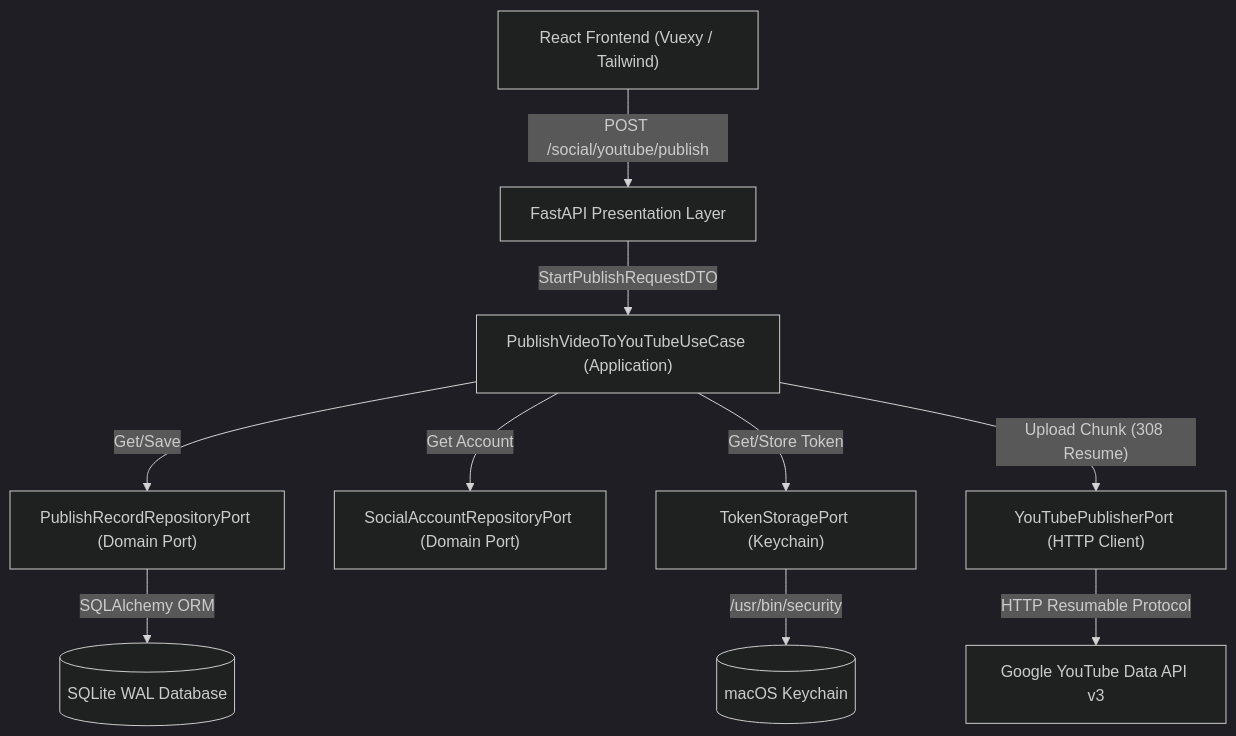
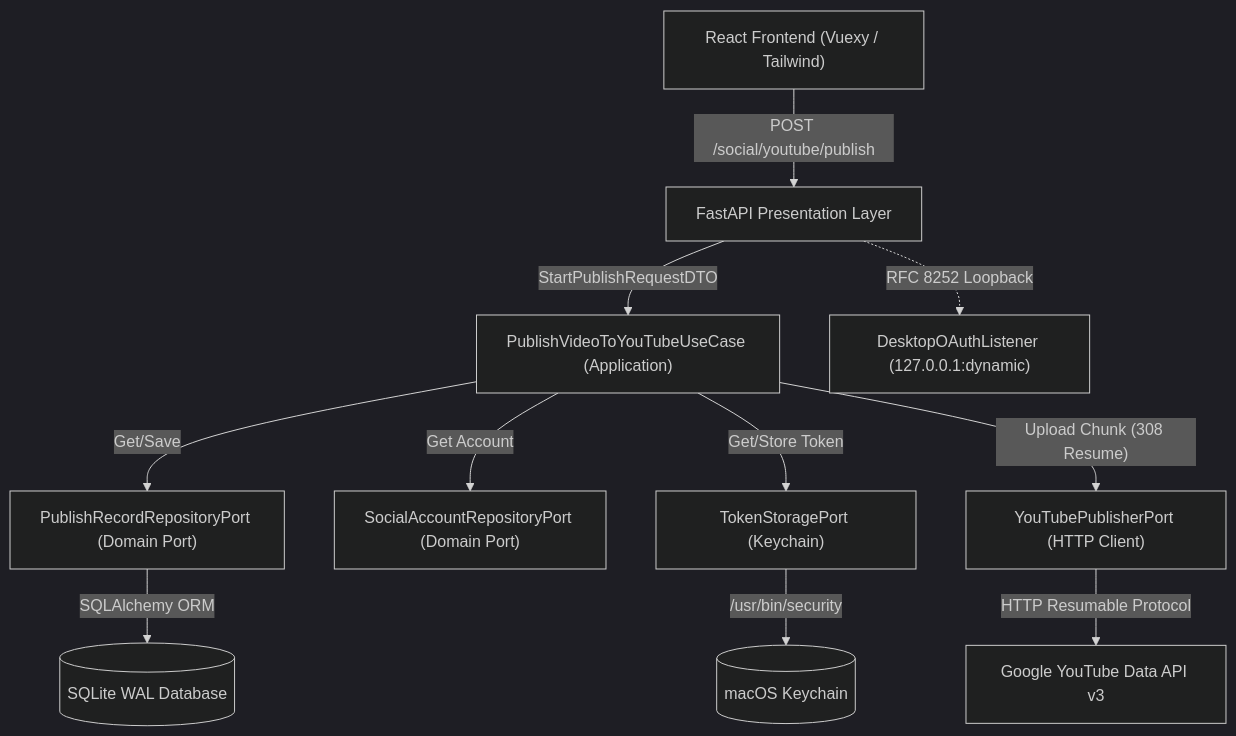
Before and after one commit to isatezcan444/TezlifyAiVideoStudio: the diagram in docs/architecture/youtube-publisher.md, drawn with Mermaid (dark theme). The commit also changed other lines of this file and 24 other files, not shown here.

````diff
--- a/docs/architecture/youtube-publisher.md
+++ b/docs/architecture/youtube-publisher.md
@@ -6,13 +6,15 @@
 ```mermaid
 flowchart TD
     Client["React Frontend (Vuexy / Tailwind)"] -->|"POST /social/youtube/publish"| API["FastAPI Presentation Layer"]
     API -->|"StartPublishRequestDTO"| UC["PublishVideoToYouTubeUseCase (Application)"]
     UC -->|"Get/Save"| PR["PublishRecordRepositoryPort (Domain Port)"]
     UC -->|"Get Account"| SA["SocialAccountRepositoryPort (Domain Port)"]
     UC -->|"Get/Store Token"| TS["TokenStoragePort (Keychain)"]
     UC -->|"Upload Chunk (308 Resume)"| YT["YouTubePublisherPort (HTTP Client)"]
     
     PR -->|"SQLAlchemy ORM"| SQLite[("SQLite WAL Database")]
     TS -->|"/usr/bin/security"| Keychain[("macOS Keychain")]
     YT -->|"HTTP Resumable Protocol"| GoogleYT["Google YouTube Data API v3"]
+    
+    API -.->|"RFC 8252 Loopback"| DL["DesktopOAuthListener (127.0.0.1:dynamic)"]
 ```
````
